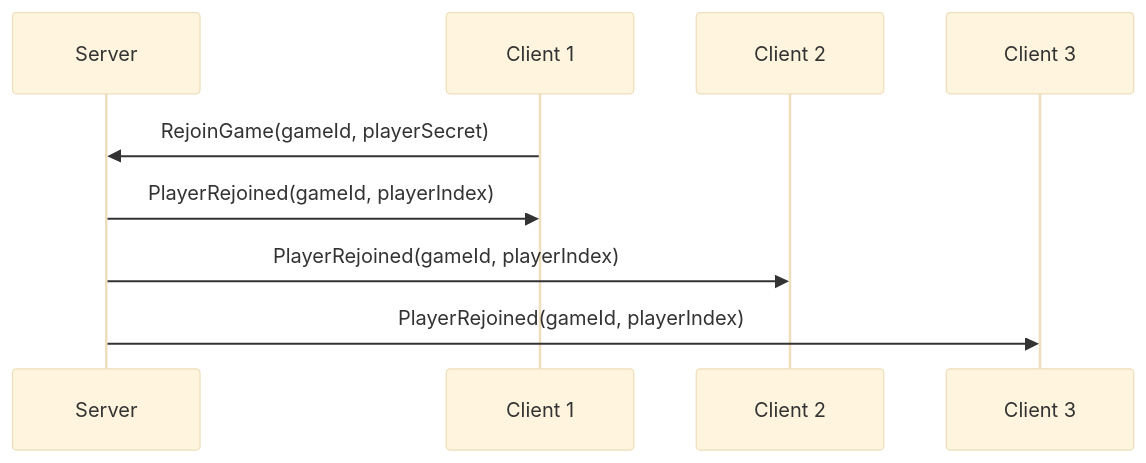
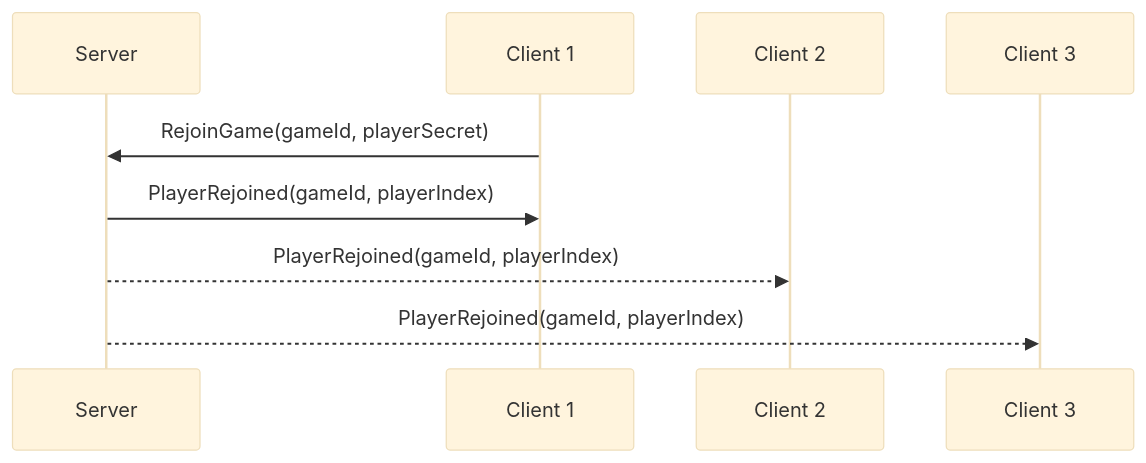
Diagram 15 of 15 in docs/LOBBY.md (roman-zubarevich/another), drawn with Mermaid (base theme) before and after one commit. The commit also changed other lines of this file, not shown here.

````diff
--- a/docs/LOBBY.md
+++ b/docs/LOBBY.md
@@ -189,11 +192,11 @@
 ```mermaid
 sequenceDiagram
     participant S as Server
     participant C1 as Client 1
     participant C2 as Client 2
     participant C3 as Client 3
     C1->>S: RejoinGame(gameId, playerSecret)
     S->>C1: PlayerRejoined(gameId, playerIndex)
-    S->>C2: PlayerRejoined(gameId, playerIndex)
-    S->>C3: PlayerRejoined(gameId, playerIndex)
+    S-->>C2: PlayerRejoined(gameId, playerIndex)
+    S-->>C3: PlayerRejoined(gameId, playerIndex)
 ```
````
